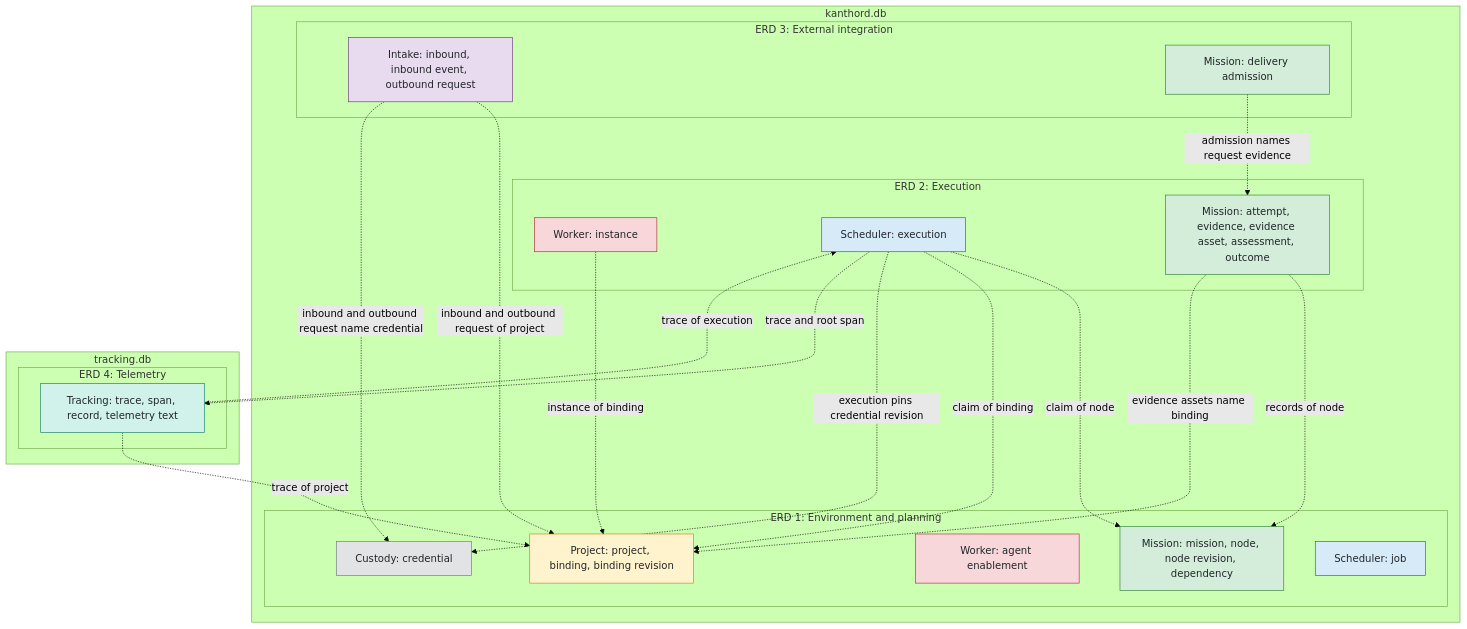
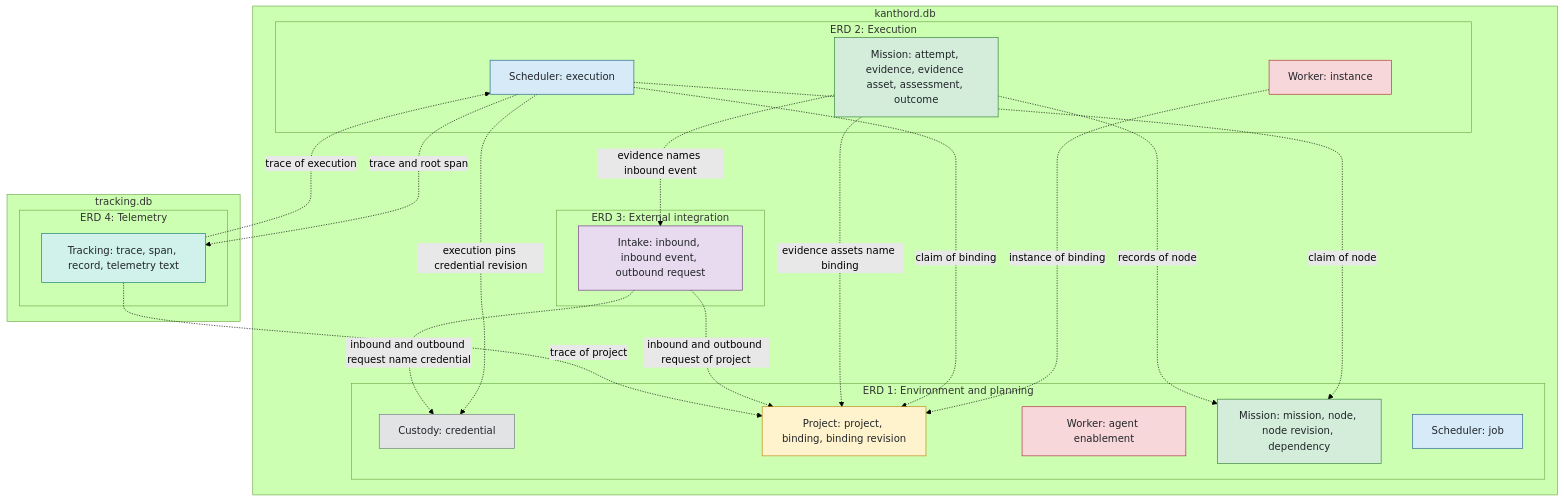
The diagram in docs/reference/erd/README.md (kanthorlabs/kanthord), drawn with Mermaid (forest theme) before and after one commit. The commit also changed other lines of this file and 8 other files, not shown here.

Commit message:
docs(mission): drop the delivery admission record

````diff
--- a/docs/reference/erd/README.md
+++ b/docs/reference/erd/README.md
@@ -32,57 +32,56 @@
 ```mermaid
 flowchart TB
     subgraph db1["kanthord.db"]
         subgraph v1["ERD 1: Environment and planning"]
             c1["Custody: credential"]
             p1["Project: project, binding, binding revision"]
             w1["Worker: agent enablement"]
             m1["Mission: mission, node, node revision, dependency"]
             s1["Scheduler: job"]
         end
         subgraph v2["ERD 2: Execution"]
             w2["Worker: instance"]
             s2["Scheduler: execution"]
             m2["Mission: attempt, evidence, evidence asset, assessment, outcome"]
         end
         subgraph v3["ERD 3: External integration"]
             i3["Intake: inbound, inbound event, outbound request"]
-            m3["Mission: delivery admission"]
         end
     end
     subgraph db2["tracking.db"]
         subgraph v4["ERD 4: Telemetry"]
             t4["Tracking: trace, span, record, telemetry text"]
         end
     end
 
     w2 -.->|instance of binding| p1
     s2 -.->|claim of node| m1
     s2 -.->|claim of binding| p1
     s2 -.->|execution pins credential revision| c1
     m2 -.->|records of node| m1
     m2 -.->|evidence assets name binding| p1
 
     i3 -.->|inbound and outbound request of project| p1
     i3 -.->|inbound and outbound request name credential| c1
-    m3 -.->|admission names request evidence| m2
+    m2 -.->|evidence names inbound event| i3
 
     t4 -.->|trace of execution| s2
     s2 -.->|trace and root span| t4
     t4 -.->|trace of project| p1
 
     classDef custody fill:#e2e3e5,stroke:#6c757d,color:#212529
     classDef project fill:#fff3cd,stroke:#b8860b,color:#212529
     classDef worker fill:#f8d7da,stroke:#b02a37,color:#212529
     classDef mission fill:#d4edda,stroke:#2e7d32,color:#212529
     classDef scheduler fill:#d6eaf8,stroke:#1f618d,color:#212529
     classDef intake fill:#e8daef,stroke:#6c3483,color:#212529
     classDef tracking fill:#d1f2eb,stroke:#117a65,color:#212529
 
     class c1 custody
     class p1 project
     class w1,w2 worker
-    class m1,m2,m3 mission
+    class m1,m2 mission
     class s1,s2 scheduler
     class i3 intake
     class t4 tracking
 ```
````
